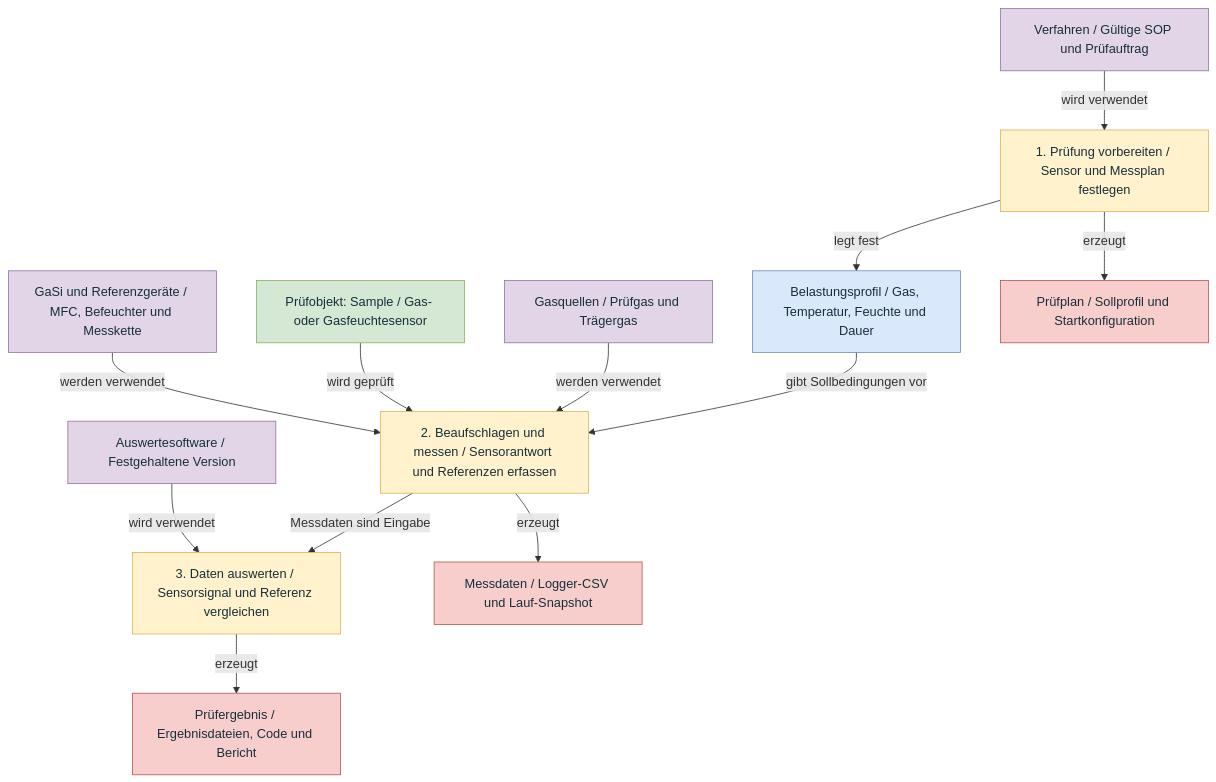
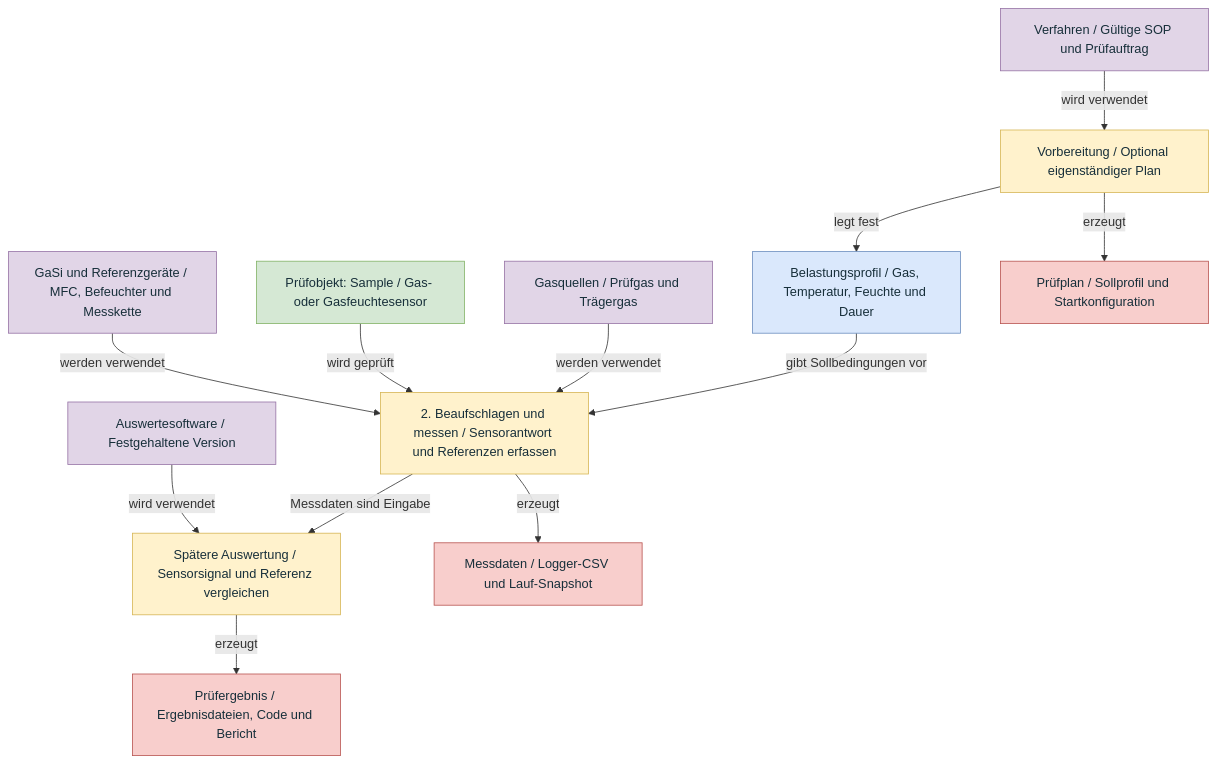
The first of 4 diagrams in docs/GaSi_Konzeptmodell.md (pneumann1980/gasi-openbis), drawn with Mermaid before and after one commit. The commit also changed other lines of this file and 27 other files, not shown here.

Commit message:
Messung und spaetere Auswertung mit genauer Datenherkunft trennen

````diff
--- a/docs/GaSi_Konzeptmodell.md
+++ b/docs/GaSi_Konzeptmodell.md
@@ -14,25 +19,26 @@
 ```mermaid
 flowchart TD
     %% gasi-view: workflow
-    Q[Verfahren / Gültige SOP und Prüfauftrag] -->|wird verwendet| P[1. Prüfung vorbereiten / Sensor und Messplan festlegen]
+    %% gasi-optional: P,E
+    Q[Verfahren / Gültige SOP und Prüfauftrag] -->|wird verwendet| P[Vorbereitung / Optional eigenständiger Plan]
     P -->|legt fest| C[Belastungsprofil / Gas, Temperatur, Feuchte und Dauer]
     C -->|gibt Sollbedingungen vor| M[2. Beaufschlagen und messen / Sensorantwort und Referenzen erfassen]
     G[Gasquellen / Prüfgas und Trägergas] -->|werden verwendet| M
     D[Prüfobjekt: Sample / Gas- oder Gasfeuchtesensor] -->|wird geprüft| M
     I[GaSi und Referenzgeräte / MFC, Befeuchter und Messkette] -->|werden verwendet| M
-    M -->|Messdaten sind Eingabe| E[3. Daten auswerten / Sensorsignal und Referenz vergleichen]
+    M -->|Messdaten sind Eingabe| E[Spätere Auswertung / Sensorsignal und Referenz vergleichen]
     W[Auswertesoftware / Festgehaltene Version] -->|wird verwendet| E
     P -->|erzeugt| DP[Prüfplan / Sollprofil und Startkonfiguration]
     M -->|erzeugt| DM[Messdaten / Logger-CSV und Lauf-Snapshot]
     E -->|erzeugt| DE[Prüfergebnis / Ergebnisdateien, Code und Bericht]
     classDef activity fill:#fff2cc,stroke:#d6b656,color:#172f3a
     classDef sample fill:#d5e8d4,stroke:#82b366,color:#172f3a
     classDef resource fill:#e1d5e7,stroke:#9673a6,color:#172f3a
     classDef dataset fill:#f8cecc,stroke:#b85450,color:#172f3a
     classDef conditions fill:#dae8fc,stroke:#6c8ebf,color:#172f3a
     class P,M,E activity
     class D sample
     class Q,G,I,W resource
     class DP,DM,DE dataset
     class C conditions
 ```
````
